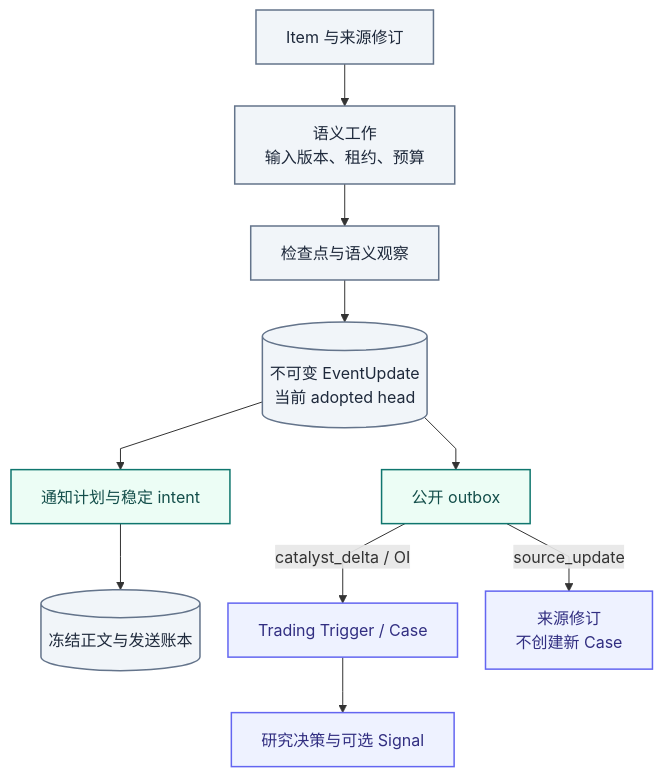
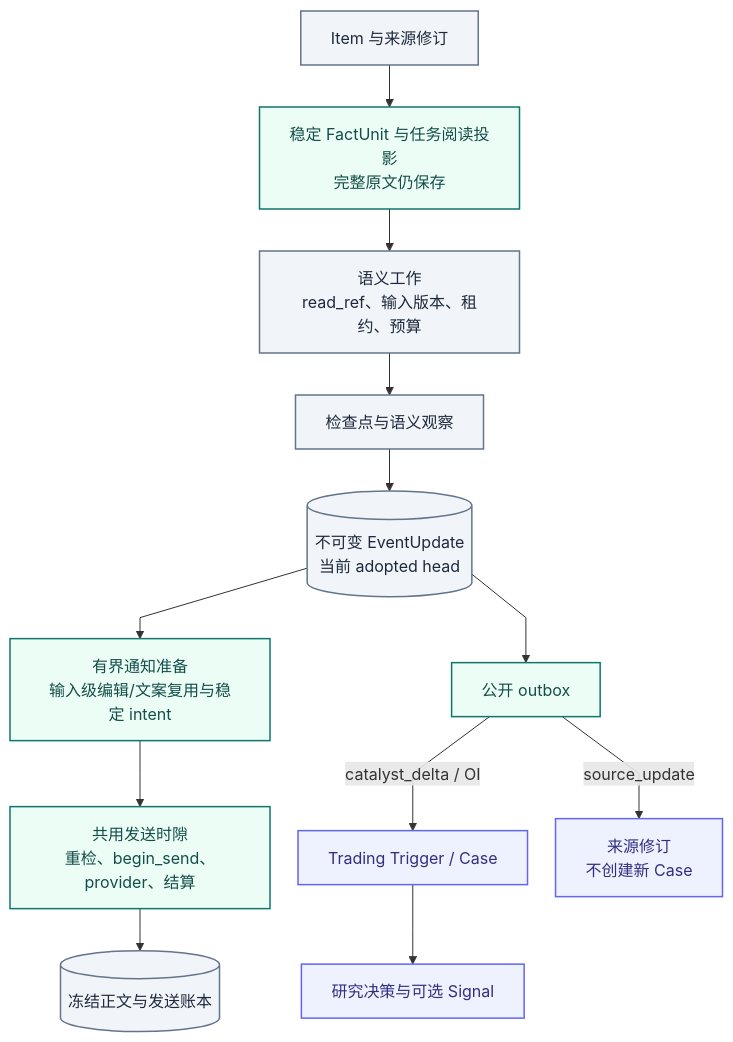
Before and after one commit to AnalyThothAI/tracefold: the fourth of 4 diagrams in docs/ARCHITECTURE.md, drawn with Mermaid. The commit also changed other lines of this file and 63 other files, not shown here.

Commit message:
fix(news): close scoped-processing and notification delivery boundaries (#733)

````diff
--- a/docs/ARCHITECTURE.md
+++ b/docs/ARCHITECTURE.md
@@ -236,32 +236,34 @@
 ```mermaid
 ---
 config:
   fontFamily: "system-ui, Noto Sans CJK SC, Microsoft YaHei, WenQuanYi Zen Hei, sans-serif"
   flowchart:
     curve: linear
     nodeSpacing: 28
     rankSpacing: 42
 ---
 flowchart TB
     accTitle: 知识与下游记录的所有权
     accDescr: 来源修订进入语义工作与知识。通知保存精确正文及回执。公开 outbox 将可研究来源交给 Case，将 source_update 交给来源修订记录。
-    Input["Item 与来源修订"] --> Work["语义工作<br/>输入版本、租约、预算"]
+    Input["Item 与来源修订"] --> Scope["稳定 FactUnit 与任务阅读投影<br/>完整原文仍保存"]
+    Scope --> Work["语义工作<br/>read_ref、输入版本、租约、预算"]
     Work --> Observation["检查点与语义观察"]
     Observation --> Knowledge[("不可变 EventUpdate<br/>当前 adopted head")]
-    Knowledge --> Notification["通知计划与稳定 intent"]
-    Notification --> Receipt[("冻结正文与发送账本")]
+    Knowledge --> Notification["有界通知准备<br/>输入级编辑/文案复用与稳定 intent"]
+    Notification --> Finalize["共用发送时隙<br/>重检、begin_send、provider、结算"]
+    Finalize --> Receipt[("冻结正文与发送账本")]
     Knowledge --> Public["公开 outbox"]
     Public -->|catalyst_delta / OI| Case["Trading Trigger / Case"]
     Public -->|source_update| Amendment["来源修订<br/>不创建新 Case"]
     Case --> Decision["研究决策与可选 Signal"]
 
     classDef news fill:#ecfdf5,stroke:#0f766e,color:#134e4a,stroke-width:1.5px
     classDef research fill:#eef2ff,stroke:#6366f1,color:#312e81,stroke-width:1.5px
     classDef execution fill:#fff7ed,stroke:#c2410c,color:#7c2d12,stroke-width:1.5px
     classDef store fill:#f1f5f9,stroke:#64748b,color:#1e293b,stroke-width:1.5px
     classDef external fill:#f8fafc,stroke:#94a3b8,color:#334155,stroke-dasharray:4 3
 class Input,Work,Observation,Knowledge,Receipt store;
-class Notification news;
+class Scope,Notification,Finalize news;
 class Public news;
 class Case,Amendment,Decision research;
 ```
````
